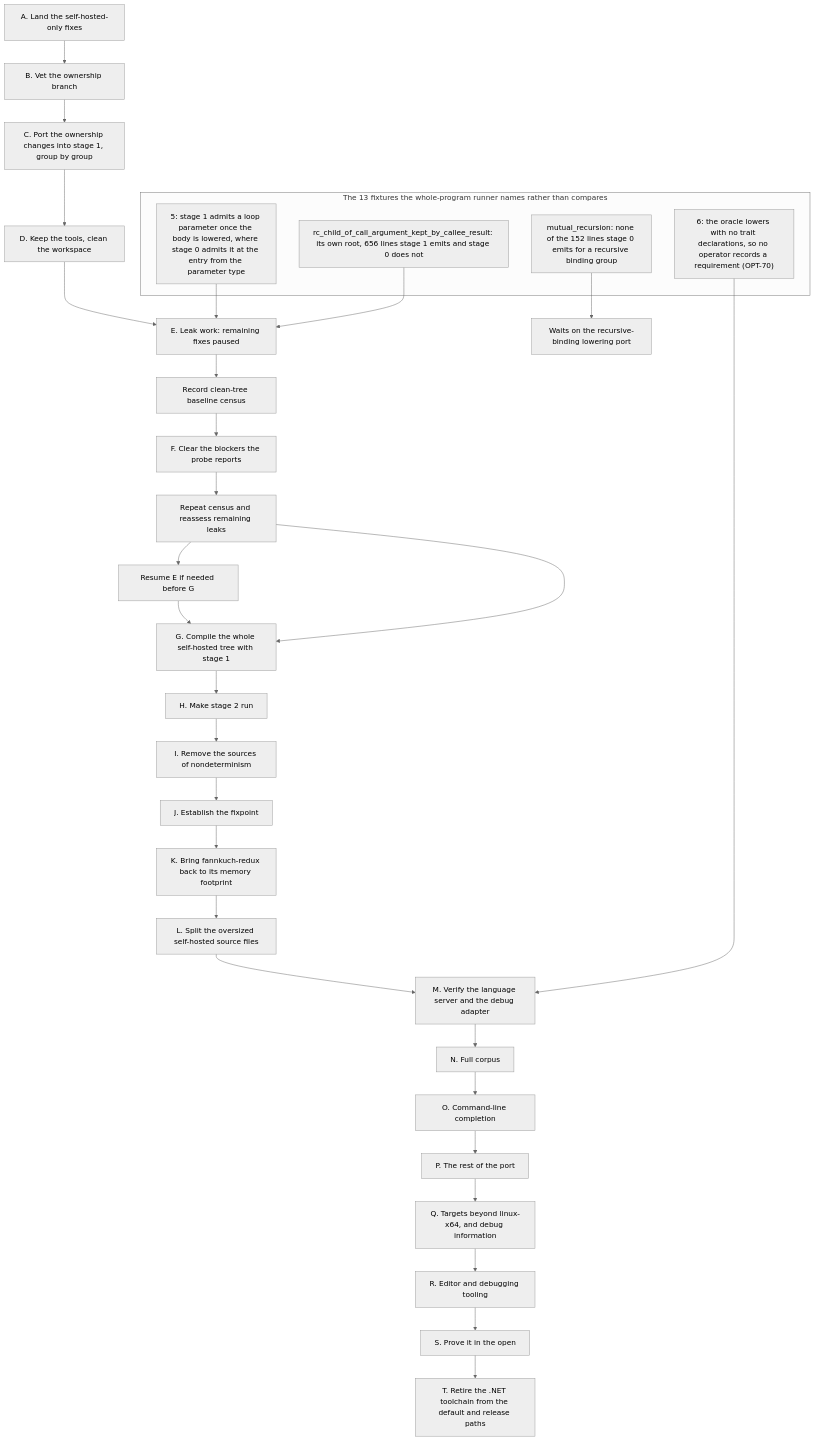
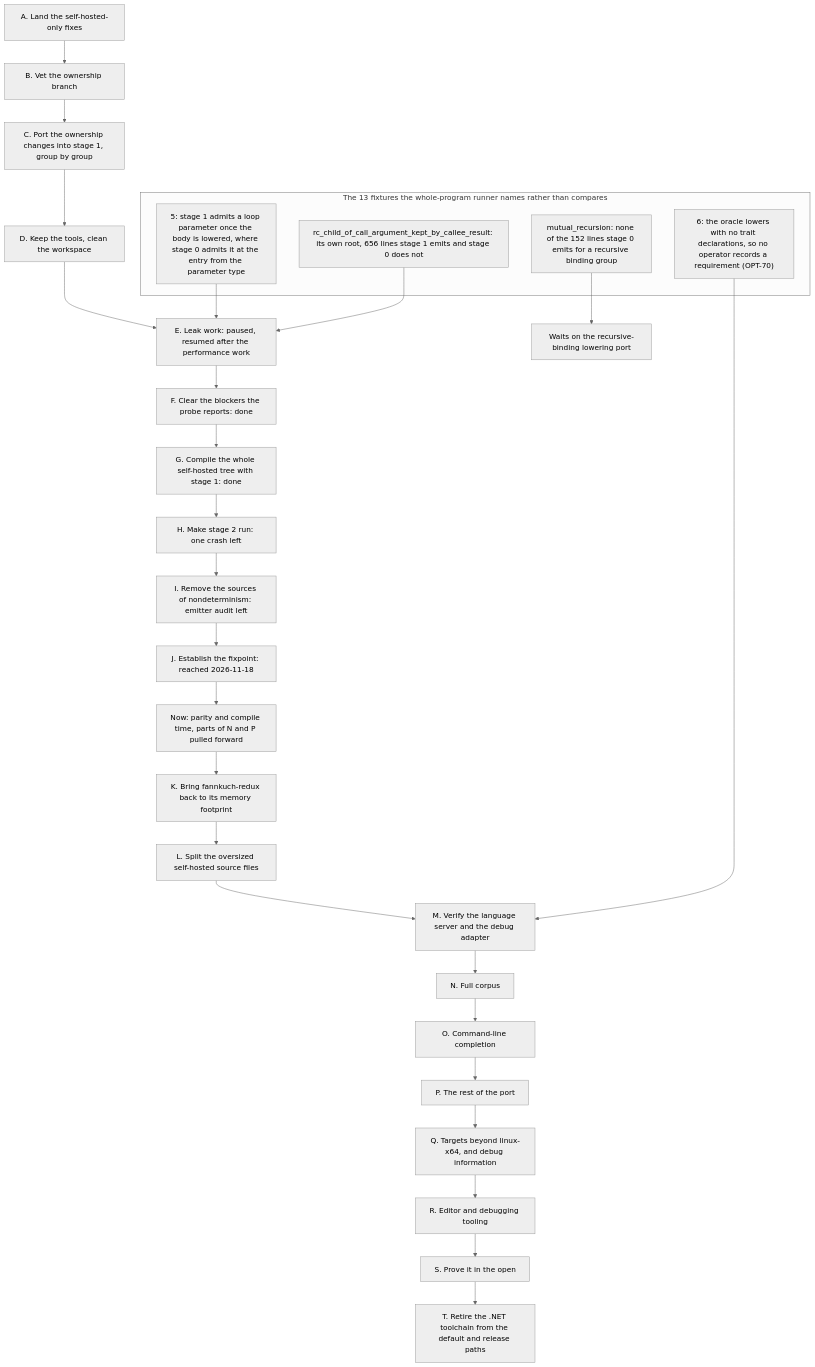
The first of 2 diagrams in docs/md/future/SELF_HOSTING.md (MattiasHognas/Ashes), drawn with Mermaid (neutral theme) before and after one commit. The commit also changed other lines of this file and 118 other files, not shown here.

First line of the commit message:
Post-fixpoint: stage-2 miscompile fixes, inference edge cases, first typed-lowering slice, suite debt (#1159)

````diff
--- a/docs/md/future/SELF_HOSTING.md
+++ b/docs/md/future/SELF_HOSTING.md
@@ -467,38 +423,35 @@
 ```mermaid
 flowchart TD
     A[A. Land the self-hosted-only fixes] --> B[B. Vet the ownership branch]
     B --> C[C. Port the ownership changes into stage 1, group by group]
     C --> D[D. Keep the tools, clean the workspace]
-    D --> E[E. Leak work: remaining fixes paused]
-    E --> BASE[Record clean-tree baseline census]
-    BASE --> F[F. Clear the blockers the probe reports]
-    F --> REVIEW[Repeat census and reassess remaining leaks]
-    REVIEW --> RESUME[Resume E if needed before G]
-    RESUME --> G[G. Compile the whole self-hosted tree with stage 1]
-    REVIEW --> G
-    G --> H[H. Make stage 2 run]
-    H --> I[I. Remove the sources of nondeterminism]
-    I --> J[J. Establish the fixpoint]
-    J --> K[K. Bring fannkuch-redux back to its memory footprint]
+    D --> E[E. Leak work: paused, resumed after the performance work]
+    E --> F[F. Clear the blockers the probe reports: done]
+    F --> G[G. Compile the whole self-hosted tree with stage 1: done]
+    G --> H[H. Make stage 2 run: one crash left]
+    H --> I[I. Remove the sources of nondeterminism: emitter audit left]
+    I --> J[J. Establish the fixpoint: reached 2026-11-18]
+    J --> NOW[Now: parity and compile time, parts of N and P pulled forward]
+    NOW --> K[K. Bring fannkuch-redux back to its memory footprint]
     K --> L[L. Split the oversized self-hosted source files]
     L --> M[M. Verify the language server and the debug adapter]
     M --> N[N. Full corpus]
     N --> O[O. Command-line completion]
     O --> P[P. The rest of the port]
     P --> Q[Q. Targets beyond linux-x64, and debug information]
     Q --> R[R. Editor and debugging tooling]
     R --> S[S. Prove it in the open]
     S --> T[T. Retire the .NET toolchain from the default and release paths]
 
     subgraph gaps["The 13 fixtures the whole-program runner names rather than compares"]
         P2["5: stage 1 admits a loop parameter once the body is lowered, where stage 0 admits it at the entry from the parameter type"]
         P3["rc_child_of_call_argument_kept_by_callee_result: its own root, 656 lines stage 1 emits and stage 0 does not"]
         P1["6: the oracle lowers with no trait declarations, so no operator records a requirement (OPT-70)"]
         P4["mutual_recursion: none of the 152 lines stage 0 emits for a recursive binding group"]
     end
 
     P2 --> E
     P3 --> E
     P1 --> M
     P4 --> S3["Waits on the recursive-binding lowering port"]
 ```
````
